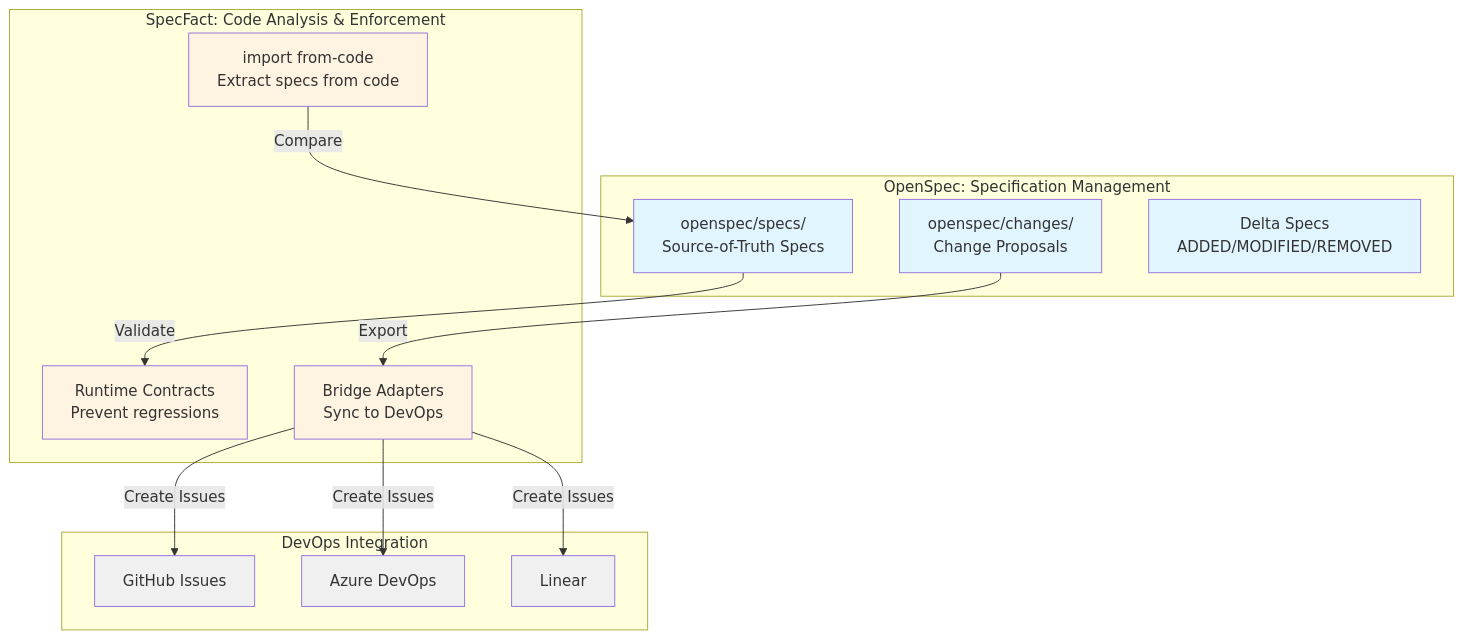
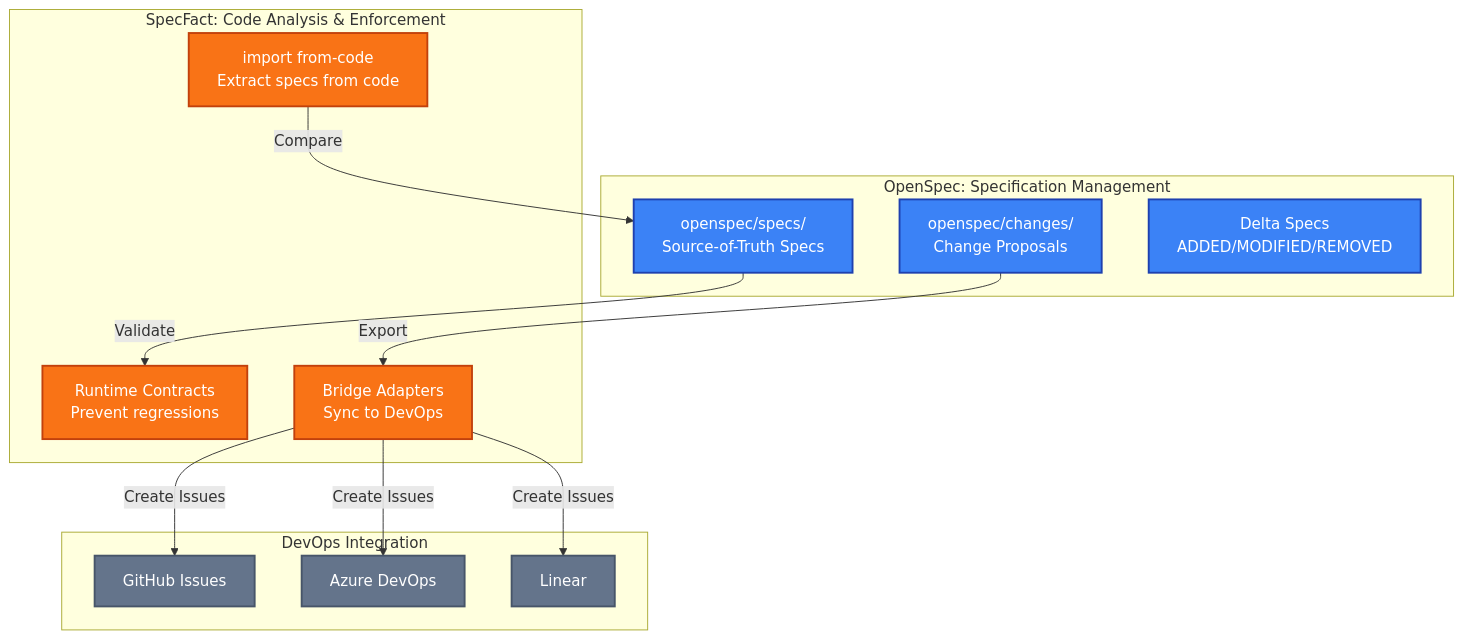
The first of 5 diagrams in docs/guides/openspec-journey.md (nold-ai/specfact-cli), drawn with Mermaid before and after one commit. The commit also changed other lines of this file and 1 other file, not shown here.

First line of the commit message:
docs: improve Mermaid diagram colors for better contrast

````diff
--- a/docs/guides/openspec-journey.md
+++ b/docs/guides/openspec-journey.md
@@ -63,38 +63,38 @@
 ```mermaid
 graph TB
     subgraph "OpenSpec: Specification Management"
         OS1[openspec/specs/<br/>Source-of-Truth Specs]
         OS2[openspec/changes/<br/>Change Proposals]
         OS3[Delta Specs<br/>ADDED/MODIFIED/REMOVED]
     end
     
     subgraph "SpecFact: Code Analysis & Enforcement"
         SF1[import from-code<br/>Extract specs from code]
         SF2[Runtime Contracts<br/>Prevent regressions]
         SF3[Bridge Adapters<br/>Sync to DevOps]
     end
     
     subgraph "DevOps Integration"
         GH[GitHub Issues]
         ADO[Azure DevOps]
         LIN[Linear]
     end
     
     OS2 -->|Export| SF3
     SF3 -->|Create Issues| GH
     SF3 -->|Create Issues| ADO
     SF3 -->|Create Issues| LIN
     
     SF1 -->|Compare| OS1
     OS1 -->|Validate| SF2
     
-    style OS1 fill:#e1f5ff
-    style OS2 fill:#e1f5ff
-    style OS3 fill:#e1f5ff
-    style SF1 fill:#fff4e1
-    style SF2 fill:#fff4e1
-    style SF3 fill:#fff4e1
-    style GH fill:#f0f0f0
-    style ADO fill:#f0f0f0
-    style LIN fill:#f0f0f0
+    style OS1 fill:#3b82f6,stroke:#1e40af,stroke-width:2px,color:#fff
+    style OS2 fill:#3b82f6,stroke:#1e40af,stroke-width:2px,color:#fff
+    style OS3 fill:#3b82f6,stroke:#1e40af,stroke-width:2px,color:#fff
+    style SF1 fill:#f97316,stroke:#c2410c,stroke-width:2px,color:#fff
+    style SF2 fill:#f97316,stroke:#c2410c,stroke-width:2px,color:#fff
+    style SF3 fill:#f97316,stroke:#c2410c,stroke-width:2px,color:#fff
+    style GH fill:#64748b,stroke:#475569,stroke-width:2px,color:#fff
+    style ADO fill:#64748b,stroke:#475569,stroke-width:2px,color:#fff
+    style LIN fill:#64748b,stroke:#475569,stroke-width:2px,color:#fff
 ```
````
